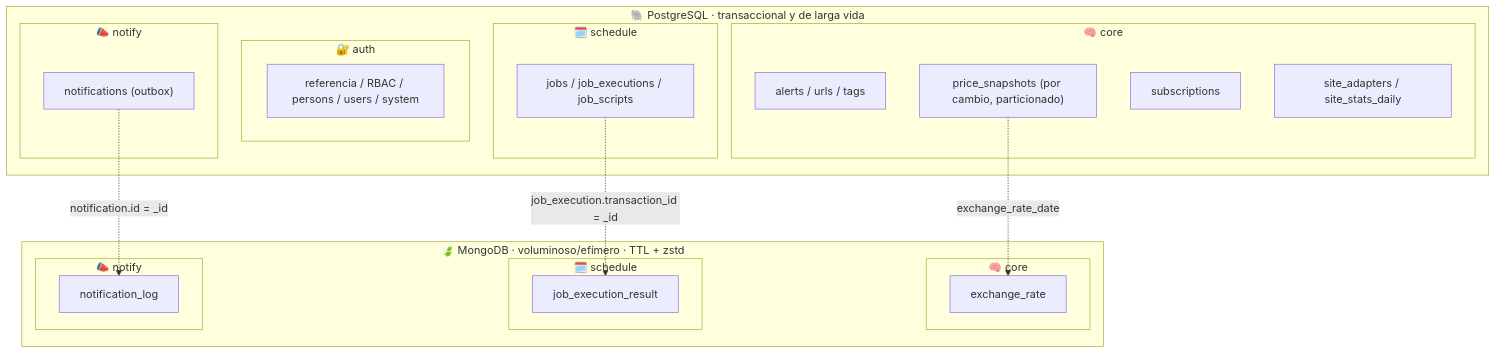
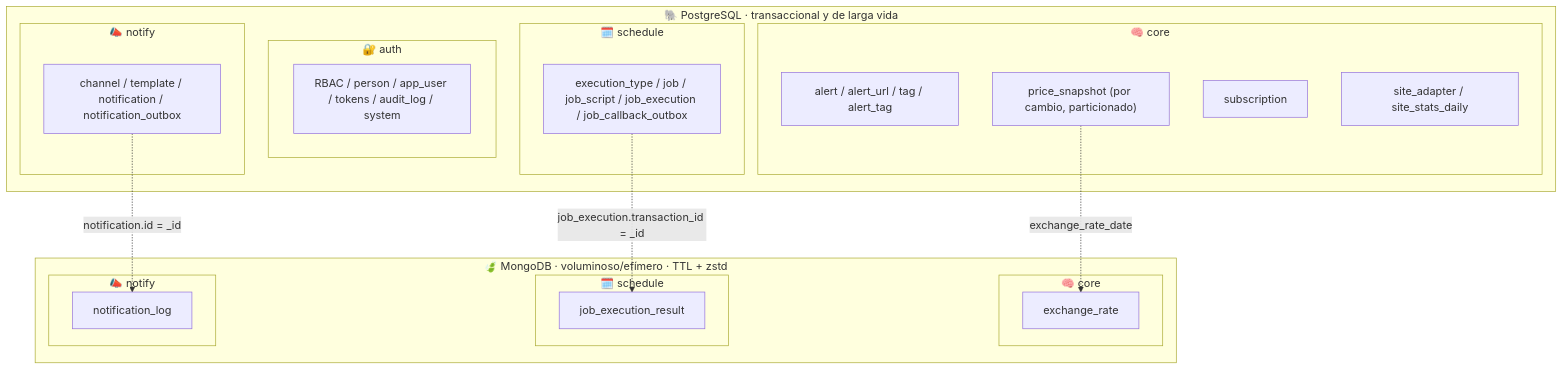
Before and after one commit to vida-I-found-it/architecture: the first of 5 diagrams in docs/03-modelo-datos.md, drawn with Mermaid. The commit also changed other lines of this file and 5 other files, not shown here.

First line of the commit message:
docs: 📝 update architecture, data model, requirements and pending list for per-system auth

````diff
--- a/docs/03-modelo-datos.md
+++ b/docs/03-modelo-datos.md
@@ -44,34 +46,34 @@
 ```mermaid
 graph TB
     subgraph PG["🐘 PostgreSQL · transaccional y de larga vida"]
         subgraph PG_AUTH["🔐 auth"]
-            A1["referencia / RBAC / persons / users / system"]
+            A1["RBAC / person / app_user / tokens / audit_log / system"]
         end
         subgraph PG_CORE["🧠 core"]
-            A2["alerts / urls / tags"]
-            A4["price_snapshots (por cambio, particionado)"]
-            A5["subscriptions"]
-            A6["site_adapters / site_stats_daily"]
+            A2["alert / alert_url / tag / alert_tag"]
+            A4["price_snapshot (por cambio, particionado)"]
+            A5["subscription"]
+            A6["site_adapter / site_stats_daily"]
         end
         subgraph PG_SCHED["🗓️ schedule"]
-            A3["jobs / job_executions / job_scripts"]
+            A3["execution_type / job / job_script / job_execution / job_callback_outbox"]
         end
         subgraph PG_NOTIFY["📣 notify"]
-            A7["notifications (outbox)"]
+            A7["channel / template / notification / notification_outbox"]
         end
     end
     subgraph NOSQL["🍃 MongoDB · voluminoso/efímero · TTL + zstd"]
         subgraph MG_CORE["🧠 core"]
             B5["exchange_rate"]
         end
         subgraph MG_SCHED["🗓️ schedule"]
             B1["job_execution_result"]
         end
         subgraph MG_NOTIFY["📣 notify"]
             B4["notification_log"]
         end
     end
     A3 -.->|"job_execution.transaction_id = _id"| B1
     A7 -.->|"notification.id = _id"| B4
     A4 -.->|"exchange_rate_date"| B5
 ```
````
